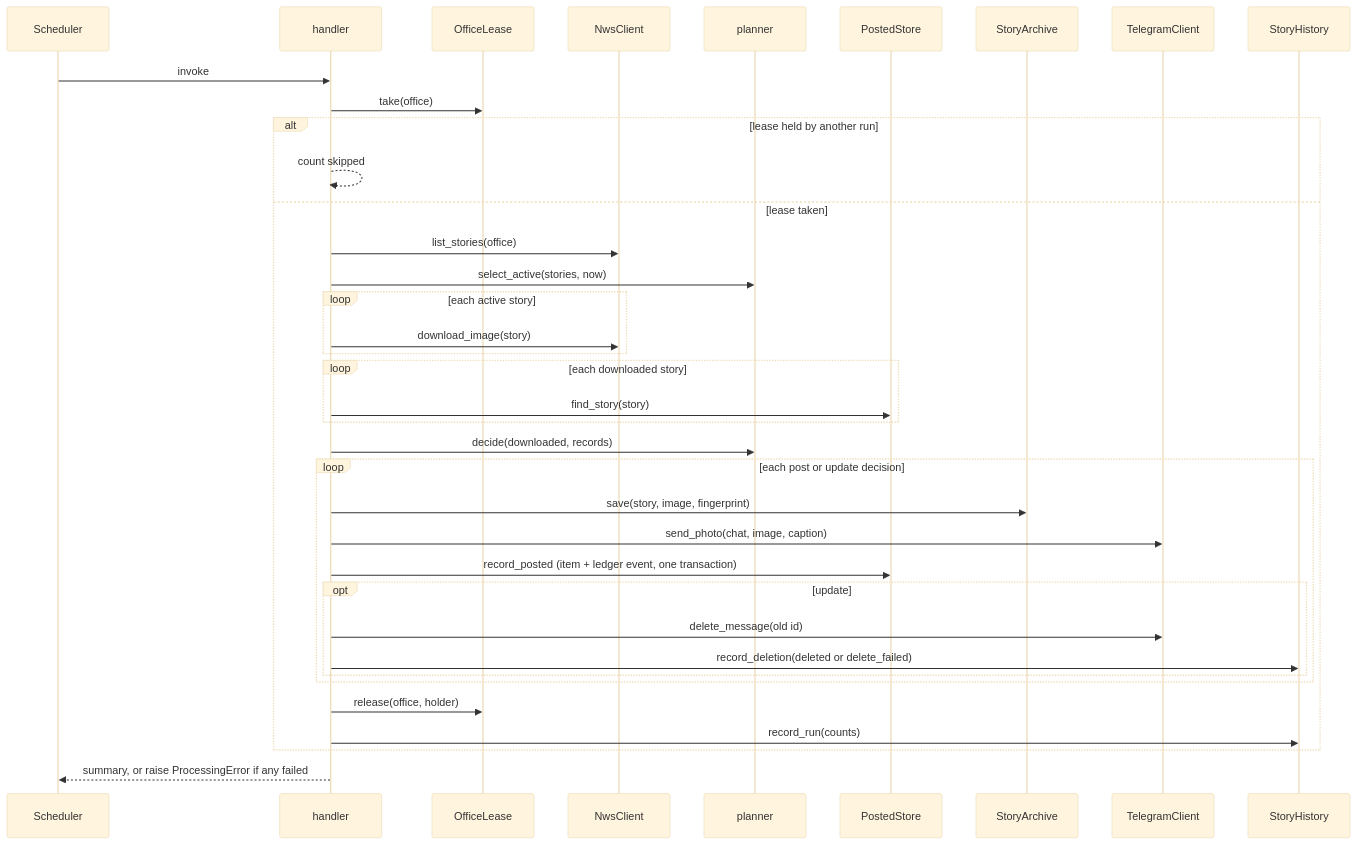
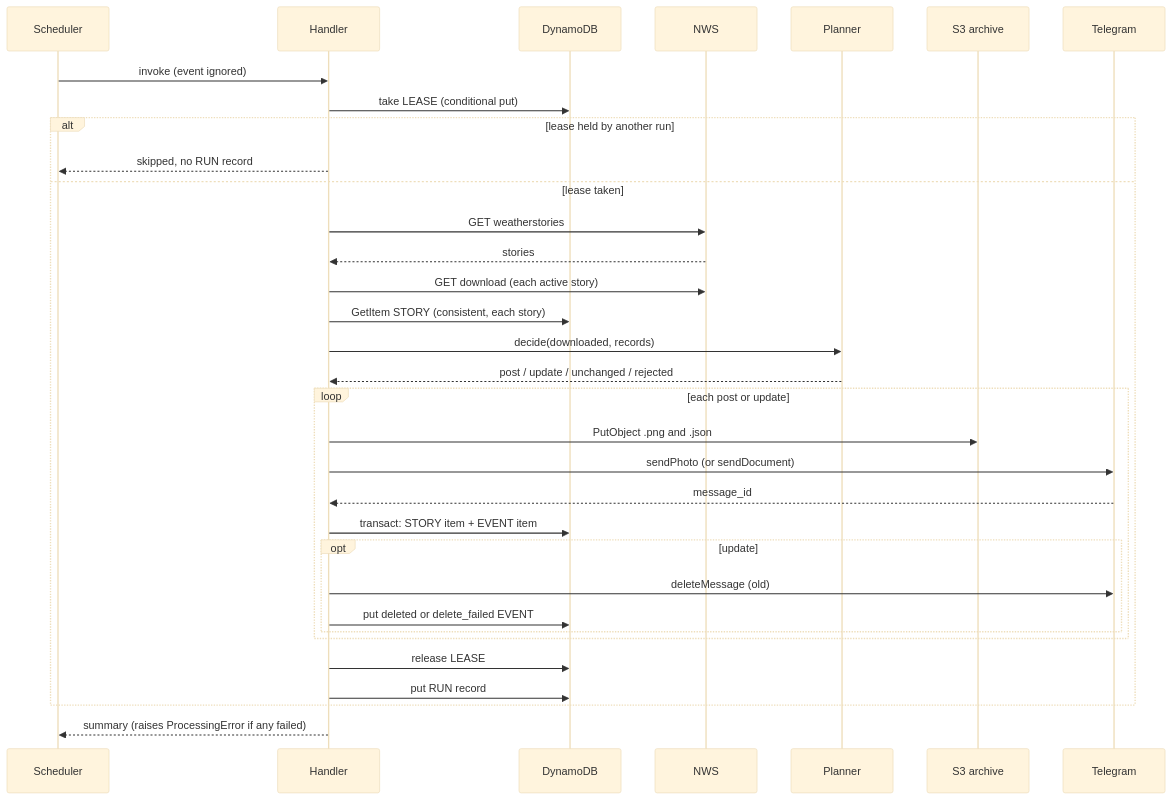
The second of 3 diagrams in aidlc/spaces/default/codekb/weather-story-bot/architecture.md (hamdrew/weather-story-bot), drawn with Mermaid (base theme) before and after one commit. The commit also changed other lines of this file and 19 other files, not shown here.

````diff
--- a/aidlc/spaces/default/codekb/weather-story-bot/architecture.md
+++ b/aidlc/spaces/default/codekb/weather-story-bot/architecture.md
@@ -71,39 +70,35 @@
 ```mermaid
 sequenceDiagram
     participant S as Scheduler
-    participant H as handler
-    participant L as OfficeLease
-    participant N as NwsClient
-    participant P as planner
-    participant D as PostedStore
-    participant A as StoryArchive
-    participant T as TelegramClient
-    participant Y as StoryHistory
-    S->>H: invoke
-    H->>L: take(office)
+    participant H as Handler
+    participant D as DynamoDB
+    participant N as NWS
+    participant P as Planner
+    participant A as S3 archive
+    participant T as Telegram
+    S->>H: invoke (event ignored)
+    H->>D: take LEASE (conditional put)
     alt lease held by another run
-        H-->>H: count skipped
+        H-->>S: skipped, no RUN record
     else lease taken
-        H->>N: list_stories(office)
-        H->>P: select_active(stories, now)
-        loop each active story
-            H->>N: download_image(story)
-        end
-        loop each downloaded story
-            H->>D: find_story(story)
-        end
+        H->>N: GET weatherstories
+        N-->>H: stories
+        H->>N: GET download (each active story)
+        H->>D: GetItem STORY (consistent, each story)
         H->>P: decide(downloaded, records)
-        loop each post or update decision
-            H->>A: save(story, image, fingerprint)
-            H->>T: send_photo(chat, image, caption)
-            H->>D: record_posted (item + ledger event, one transaction)
+        P-->>H: post / update / unchanged / rejected
+        loop each post or update
+            H->>A: PutObject .png and .json
+            H->>T: sendPhoto (or sendDocument)
+            T-->>H: message_id
+            H->>D: transact: STORY item + EVENT item
             opt update
-                H->>T: delete_message(old id)
-                H->>Y: record_deletion(deleted or delete_failed)
+                H->>T: deleteMessage (old)
+                H->>D: put deleted or delete_failed EVENT
             end
         end
-        H->>L: release(office, holder)
-        H->>Y: record_run(counts)
+        H->>D: release LEASE
+        H->>D: put RUN record
     end
-    H-->>S: summary, or raise ProcessingError if any failed
+    H-->>S: summary (raises ProcessingError if any failed)
 ```
````
